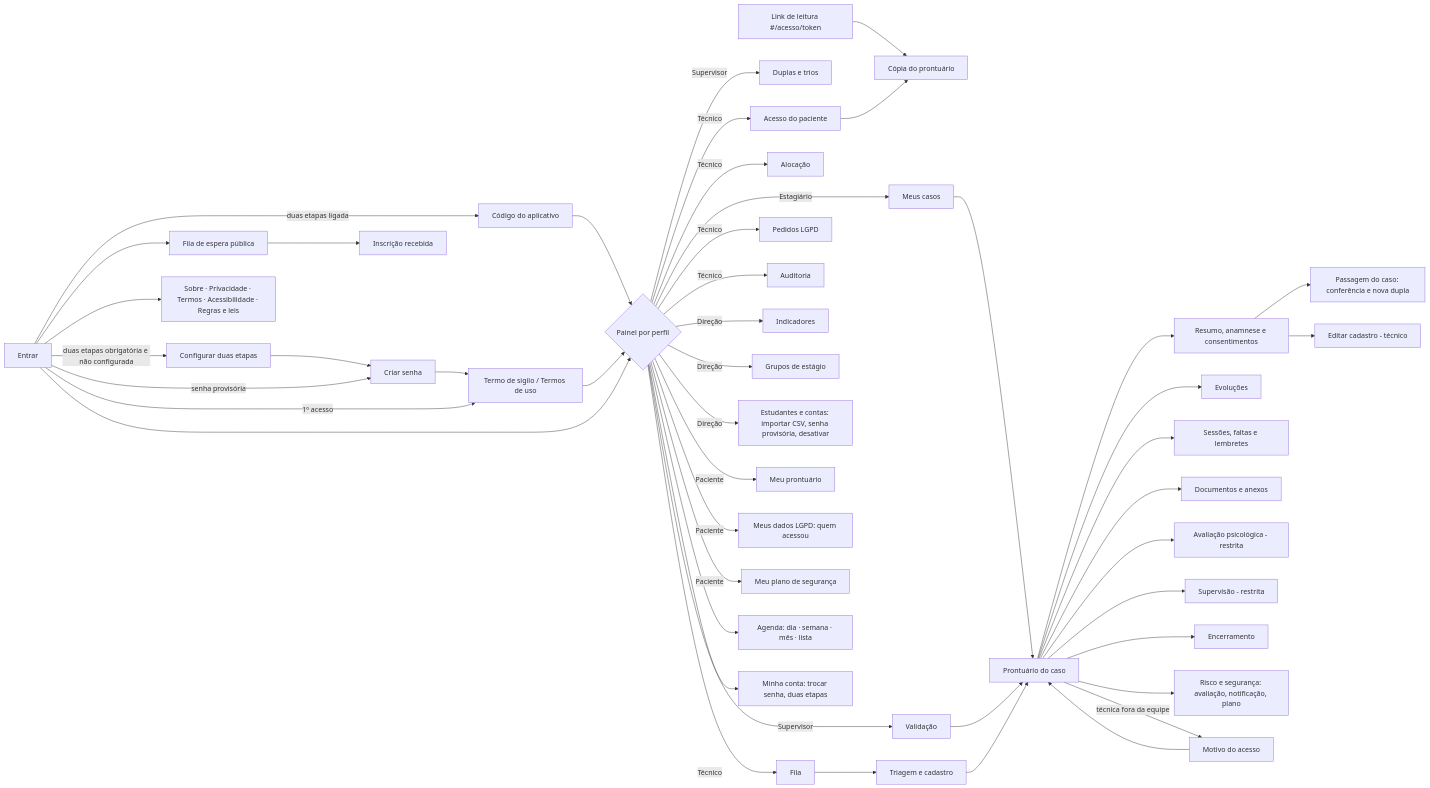
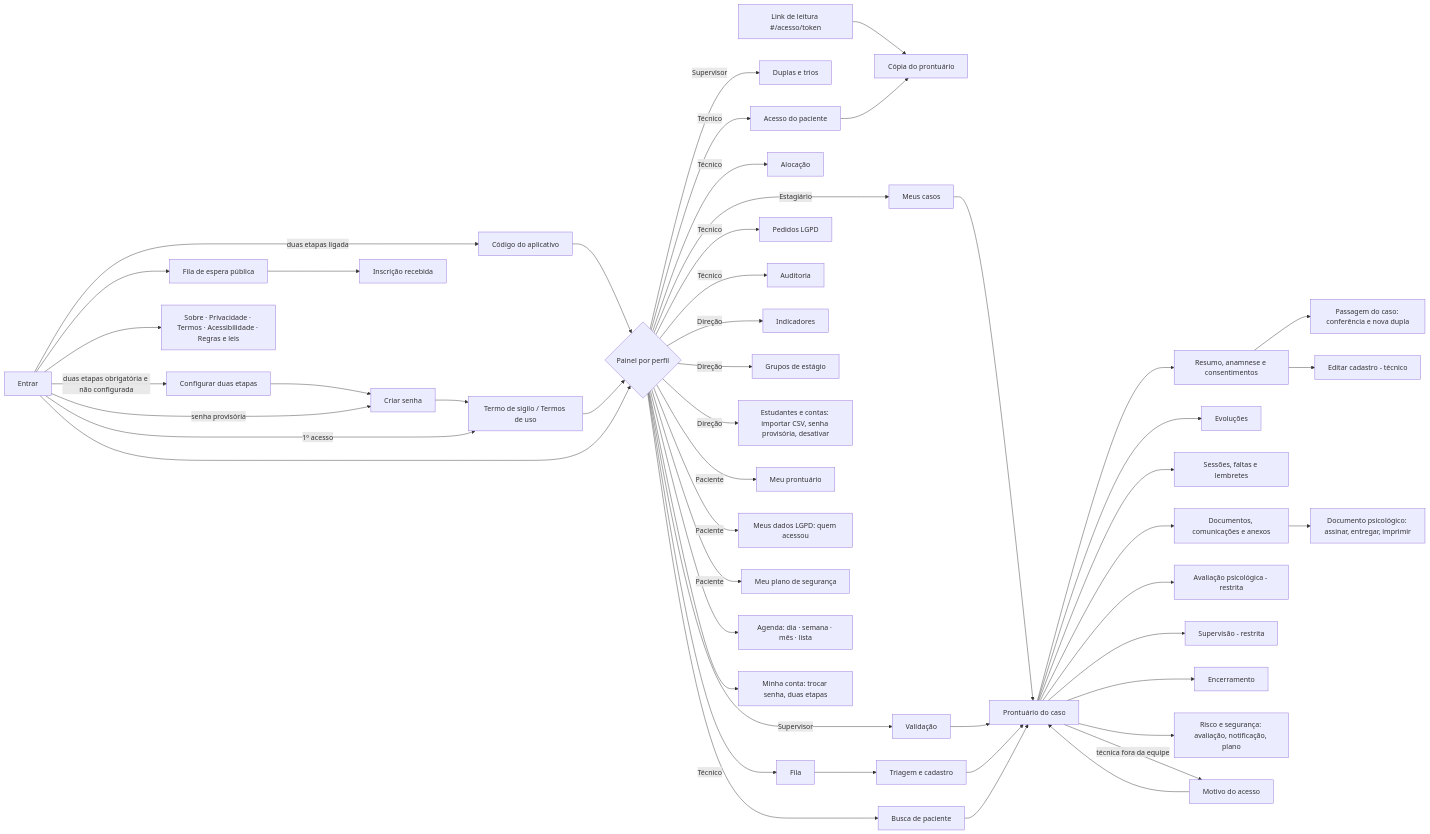
Before and after one commit to isaacjesusjj/prontuario-eletronico: the second of 3 diagrams in docs/diagramas.md, drawn with Mermaid. The commit also changed other lines of this file and 23 other files, not shown here.

````diff
--- a/docs/diagramas.md
+++ b/docs/diagramas.md
@@ -304,40 +330,41 @@
 ```mermaid
 flowchart LR
     E[Entrar] -->|duas etapas ligada| CD[Código do aplicativo] --> P
     E -->|duas etapas obrigatória e não configurada| CM[Configurar duas etapas] --> TS
     E -->|senha provisória| TS[Criar senha] --> TM
     E -->|1º acesso| TM[Termo de sigilo / Termos de uso] --> P
     E --> P{Painel por perfil}
     E --> FI[Fila de espera pública] --> FO[Inscrição recebida]
     E --> L[Sobre · Privacidade · Termos · Acessibilidade · Regras e leis]
     LK[Link de leitura #/acesso/token] --> CP[Cópia do prontuário]
 
     P -->|Estagiário| C[Meus casos] --> CA[Prontuário do caso]
     P -->|Supervisor| V[Validação] --> CA
     P -->|Supervisor| D[Duplas e trios]
     P -->|Técnico| F[Fila] --> T[Triagem e cadastro] --> CA
     P -->|Técnico| AL[Alocação]
     P -->|Técnico| AP[Acesso do paciente] --> CP
     P -->|Técnico| LG[Pedidos LGPD]
     P -->|Técnico| AU[Auditoria]
     P -->|Direção| IN[Indicadores]
     P -->|Direção| GE[Grupos de estágio]
     P -->|Direção| ES[Estudantes e contas: importar CSV, senha provisória, desativar]
     P -->|Paciente| MP[Meu prontuário]
     P -->|Paciente| MD[Meus dados LGPD: quem acessou]
     P -->|Paciente| PS[Meu plano de segurança]
     P --> AG[Agenda: dia · semana · mês · lista]
     P --> MC[Minha conta: trocar senha, duas etapas]
+    P --> BU[Busca de paciente] --> CA
 
     CA --> R1[Resumo, anamnese e consentimentos]
     CA --> R2[Evoluções]
     CA --> R3[Sessões, faltas e lembretes]
-    CA --> R4[Documentos e anexos]
+    CA --> R4[Documentos, comunicações e anexos] --> DP[Documento psicológico: assinar, entregar, imprimir]
     CA --> R5[Avaliação psicológica - restrita]
     CA --> R6[Supervisão - restrita]
     CA --> R7[Encerramento]
     CA --> R8[Risco e segurança: avaliação, notificação, plano]
     CA -->|técnica fora da equipe| JM[Motivo do acesso] --> CA
     R1 --> PC[Passagem do caso: conferência e nova dupla]
     R1 --> EC[Editar cadastro - técnico]
 ```
````
